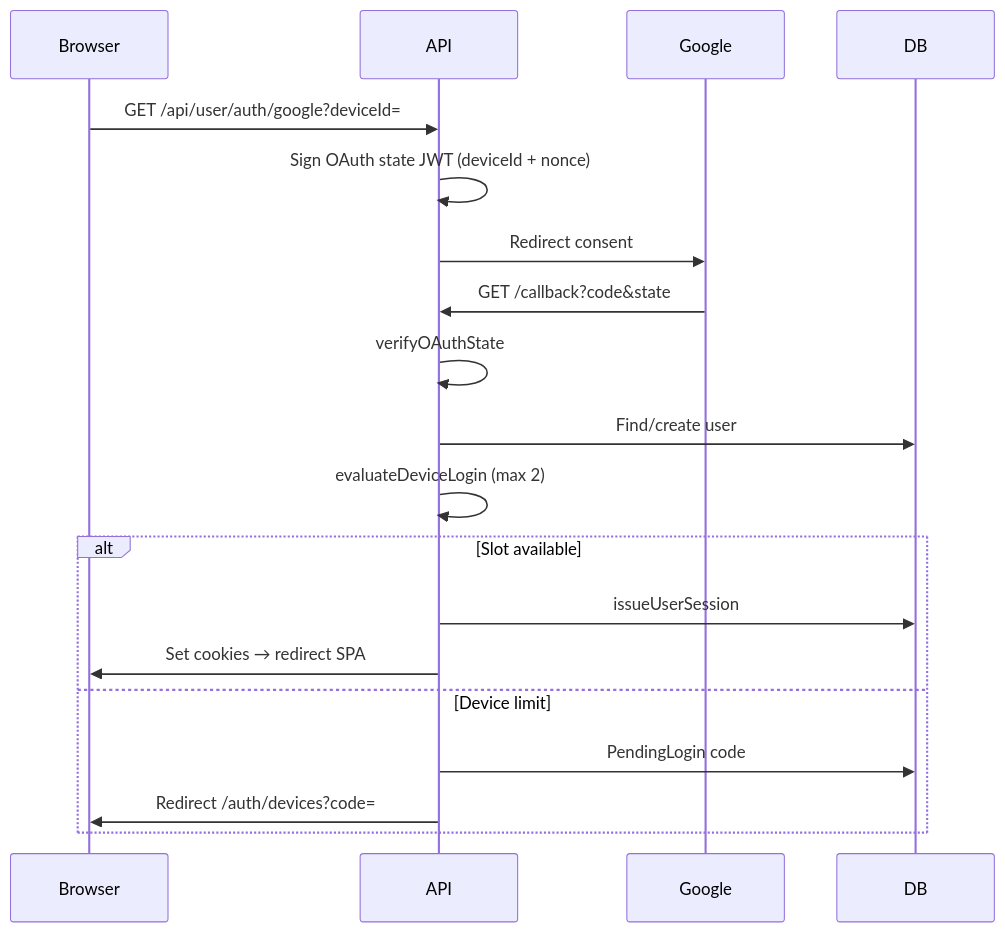
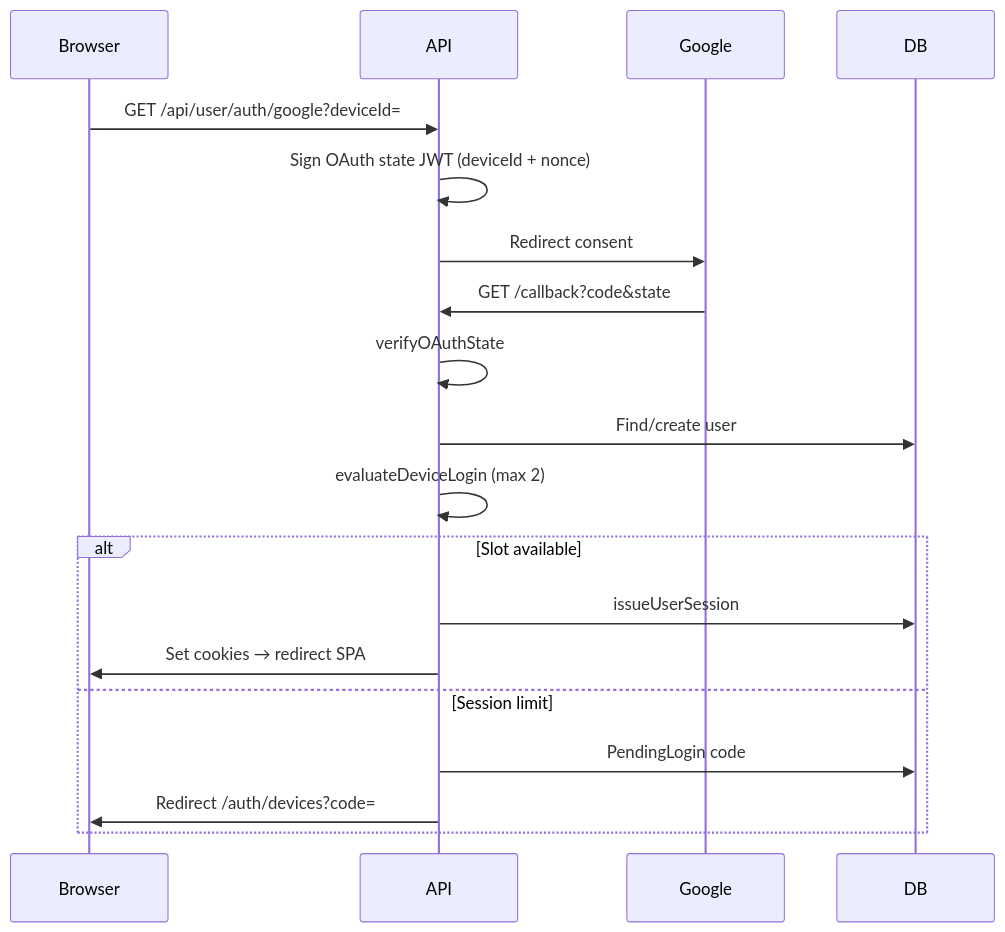
Before and after one commit to chahatkesh/webmark: the diagram in docs/auth/session-flow.md, drawn with Mermaid. The commit also changed other lines of this file and 11 other files, not shown here.

First line of the commit message:
refactor: update terminology from 'device' to 'session' for clarity

````diff
--- a/docs/auth/session-flow.md
+++ b/docs/auth/session-flow.md
@@ -18,22 +18,22 @@
 ```mermaid
 sequenceDiagram
     participant Browser
     participant API
     participant Google
     participant DB
 
     Browser->>API: GET /api/user/auth/google?deviceId=
     API->>API: Sign OAuth state JWT (deviceId + nonce)
     API->>Google: Redirect consent
     Google->>API: GET /callback?code&state
     API->>API: verifyOAuthState
     API->>DB: Find/create user
     API->>API: evaluateDeviceLogin (max 2)
     alt Slot available
         API->>DB: issueUserSession
         API->>Browser: Set cookies → redirect SPA
-    else Device limit
+    else Session limit
         API->>DB: PendingLogin code
         API->>Browser: Redirect /auth/devices?code=
     end
 ```
````
